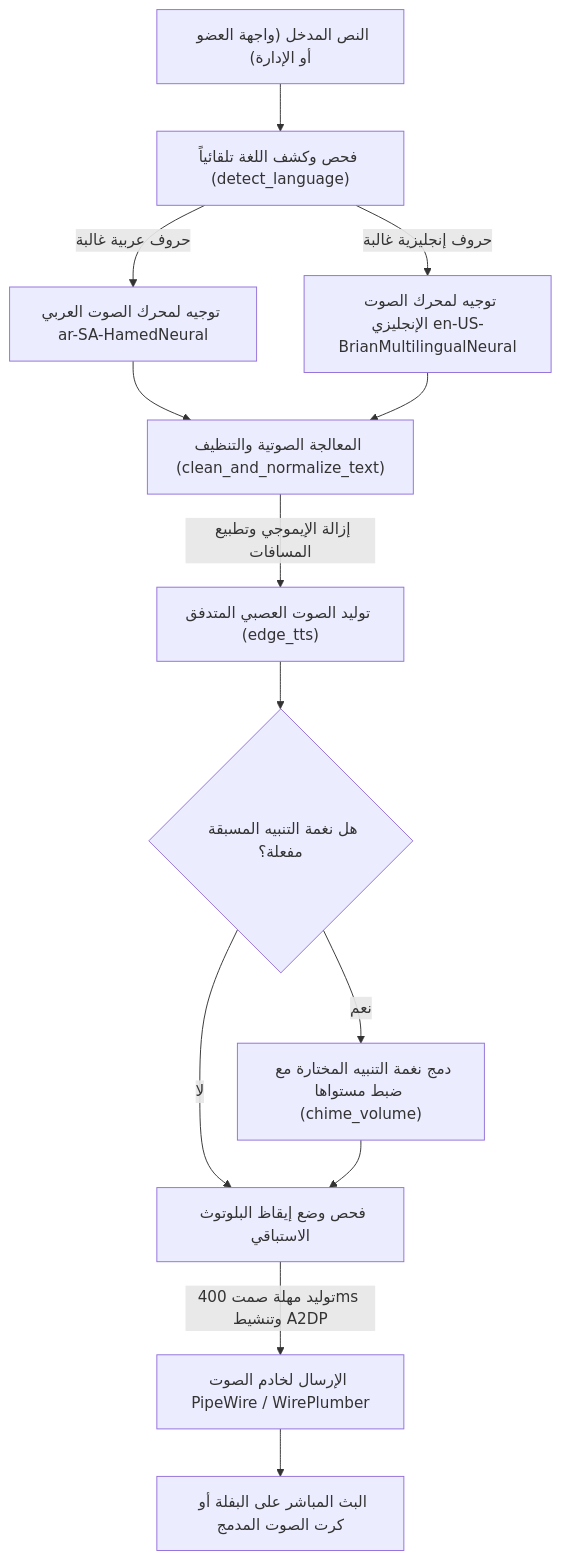
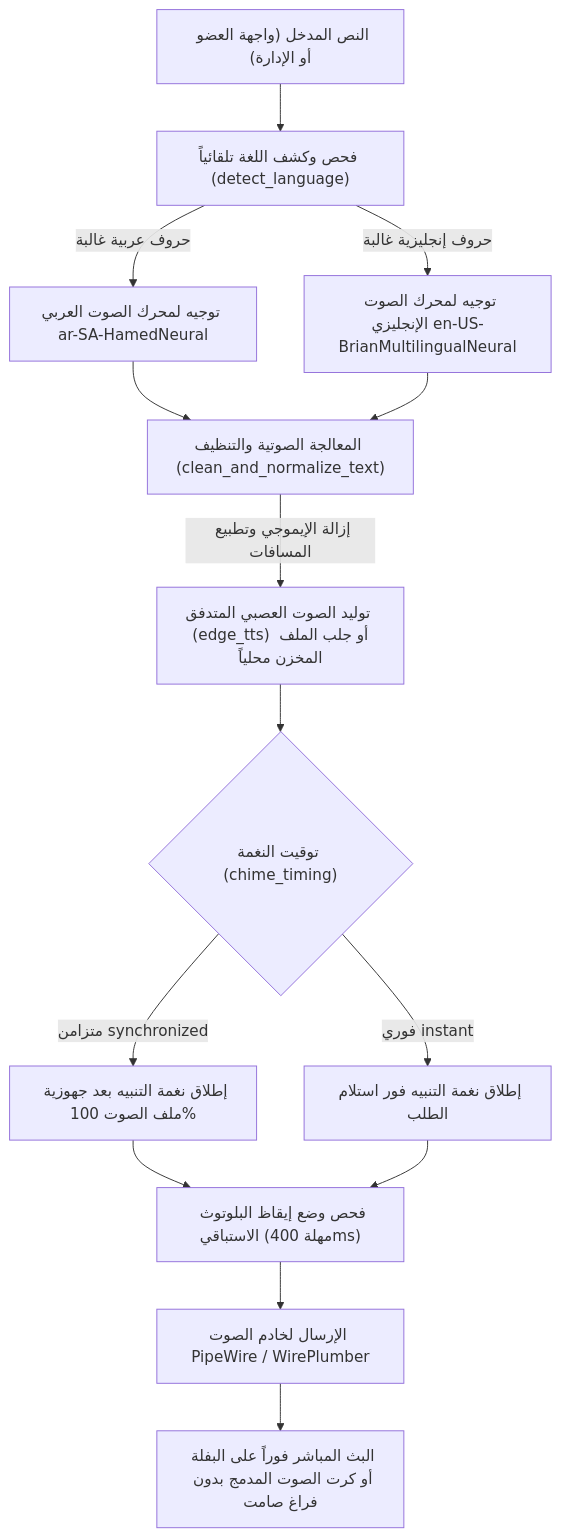
Before and after one commit to Moayad30/Kenel-ping: the first of 2 diagrams in docs/AUDIO_ENGINE.md, drawn with Mermaid. The commit also changed other lines of this file and 72 other files, not shown here.

````diff
--- a/docs/AUDIO_ENGINE.md
+++ b/docs/AUDIO_ENGINE.md
@@ -38,15 +38,16 @@
 ```mermaid
 flowchart TD
     A["النص المدخل (واجهة العضو أو الإدارة)"] --> B["فحص وكشف اللغة تلقائياً (detect_language)"]
     B -->|حروف عربية غالبة| C["توجيه لمحرك الصوت العربي ar-SA-HamedNeural"]
     B -->|حروف إنجليزية غالبة| D["توجيه لمحرك الصوت الإنجليزي en-US-BrianMultilingualNeural"]
     C --> E["المعالجة الصوتية والتنظيف (clean_and_normalize_text)"]
     D --> E
-    E -->|إزالة الإيموجي وتطبيع المسافات| F["توليد الصوت العصبي المتدفق (edge_tts)"]
-    F --> G{"هل نغمة التنبيه المسبقة مفعلة؟"}
-    G -->|نعم| H["دمج نغمة التنبيه المختارة مع ضبط مستواها (chime_volume)"]
-    G -->|لا| I["فحص وضع إيقاظ البلوتوث الاستباقي"]
-    H --> I
-    I -->|توليد مهلة صمت 400ms وتنشيط A2DP| J["الإرسال لخادم الصوت PipeWire / WirePlumber"]
-    J --> K["البث المباشر على البفلة أو كرت الصوت المدمج"]
+    E -->|إزالة الإيموجي وتطبيع المسافات| F["توليد الصوت العصبي المتدفق (edge_tts) أو جلب الملف المخزن محلياً"]
+    F --> G{"توقيت النغمة (chime_timing)"}
+    G -->|متزامن synchronized| H["إطلاق نغمة التنبيه بعد جهوزية ملف الصوت 100%"]
+    G -->|فوري instant| H2["إطلاق نغمة التنبيه فور استلام الطلب"]
+    H --> I["فحص وضع إيقاظ البلوتوث الاستباقي (مهلة 400ms)"]
+    H2 --> I
+    I --> J["الإرسال لخادم الصوت PipeWire / WirePlumber"]
+    J --> K["البث المباشر فوراً على البفلة أو كرت الصوت المدمج بدون فراغ صامت"]
 ```
````
